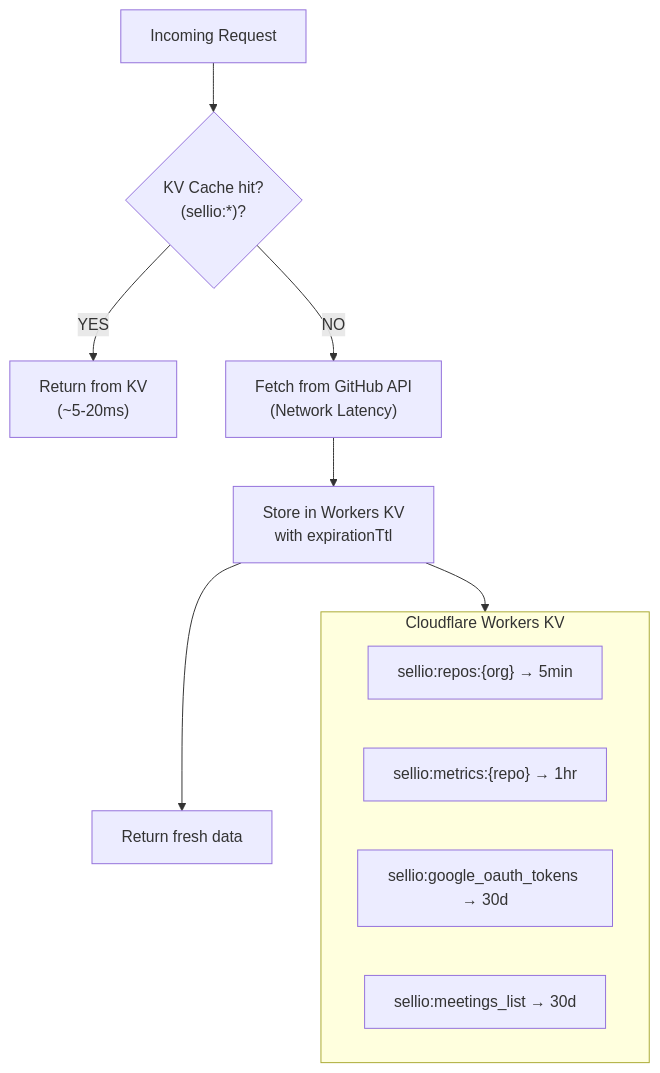
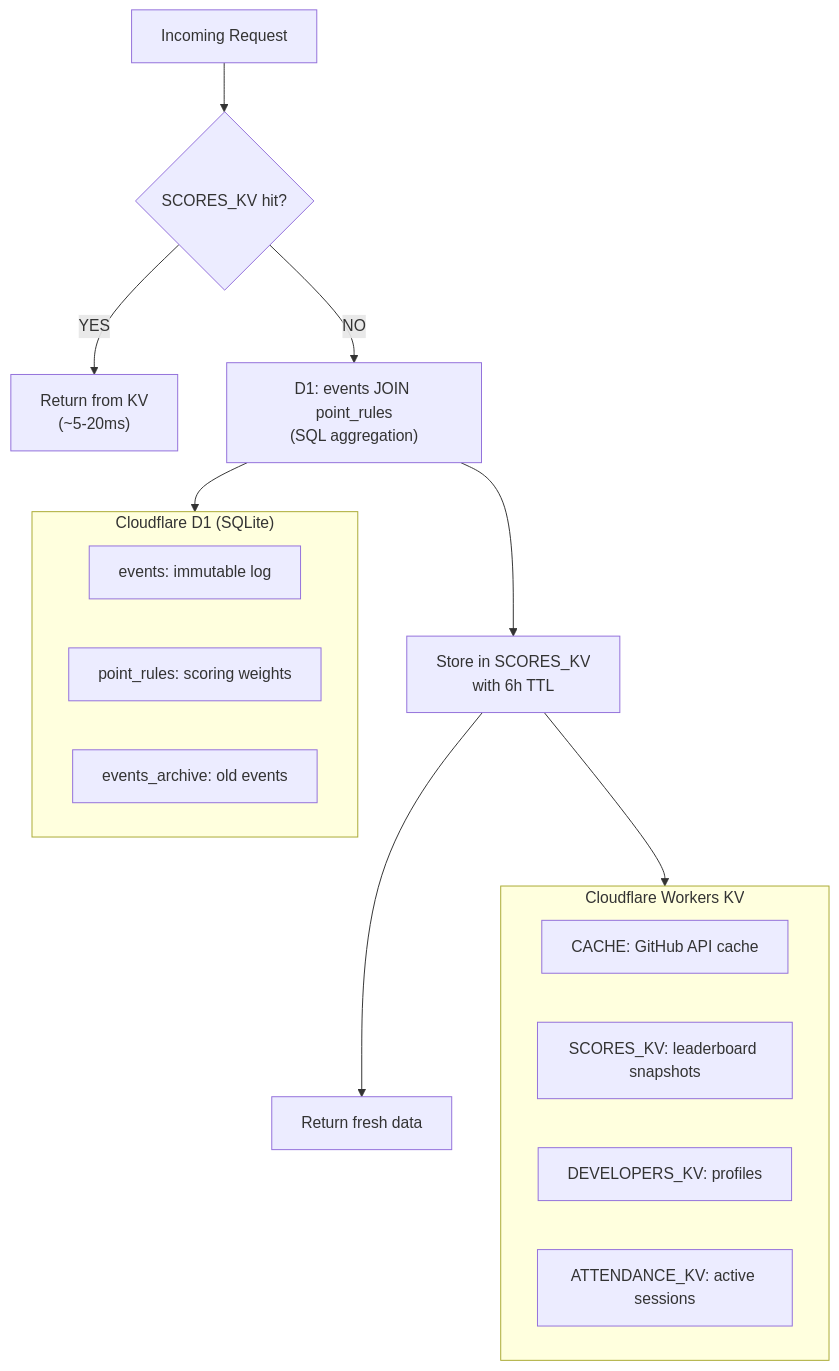
Before and after one commit to Sellio-Squad/sellio_metrics: the ninth of 12 diagrams in ARCHITECTURE.md, drawn with Mermaid. The commit also changed other lines of this file and 14 other files, not shown here.

````diff
--- a/ARCHITECTURE.md
+++ b/ARCHITECTURE.md
@@ -328,17 +337,24 @@
 ```mermaid
 graph TD
-    REQ["Incoming Request"] --> CHECK{"KV Cache hit?<br/>(sellio:*)?"}
+    REQ["Incoming Request"] --> CHECK{"SCORES_KV hit?"}
     CHECK -->|"YES"| RETURN["Return from KV<br/>(~5-20ms)"]
-    CHECK -->|"NO"| FETCH["Fetch from GitHub API<br/>(Network Latency)"]
-    FETCH --> STORE["Store in Workers KV<br/>with expirationTtl"]
+    CHECK -->|"NO"| D1Q["D1: events JOIN point_rules<br/>(SQL aggregation)"]
+    D1Q --> STORE["Store in SCORES_KV<br/>with 6h TTL"]
     STORE --> RETURN2["Return fresh data"]
 
-    subgraph Cache["Cloudflare Workers KV"]
-        K1["sellio:repos:{org} → 5min"]
-        K2["sellio:metrics:{repo} → 1hr"]
-        K3["sellio:google_oauth_tokens → 30d"]
-        K4["sellio:meetings_list → 30d"]
+    subgraph Namespaces["Cloudflare Workers KV"]
+        K1["CACHE: GitHub API cache"]
+        K2["SCORES_KV: leaderboard snapshots"]
+        K3["DEVELOPERS_KV: profiles"]
+        K4["ATTENDANCE_KV: active sessions"]
     end
 
-    STORE --> Cache
+    subgraph Database["Cloudflare D1 (SQLite)"]
+        T1["events: immutable log"]
+        T2["point_rules: scoring weights"]
+        T3["events_archive: old events"]
+    end
+
+    D1Q --> Database
+    STORE --> Namespaces
 ```
````
